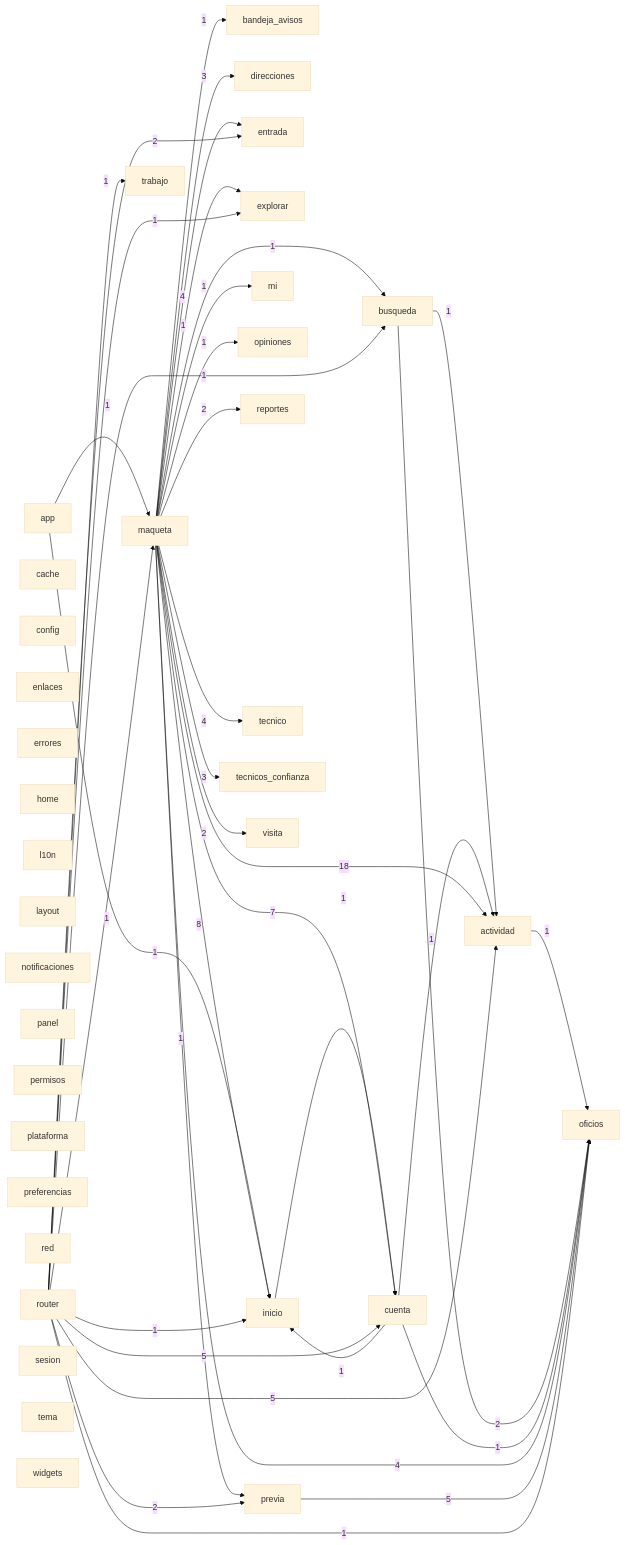
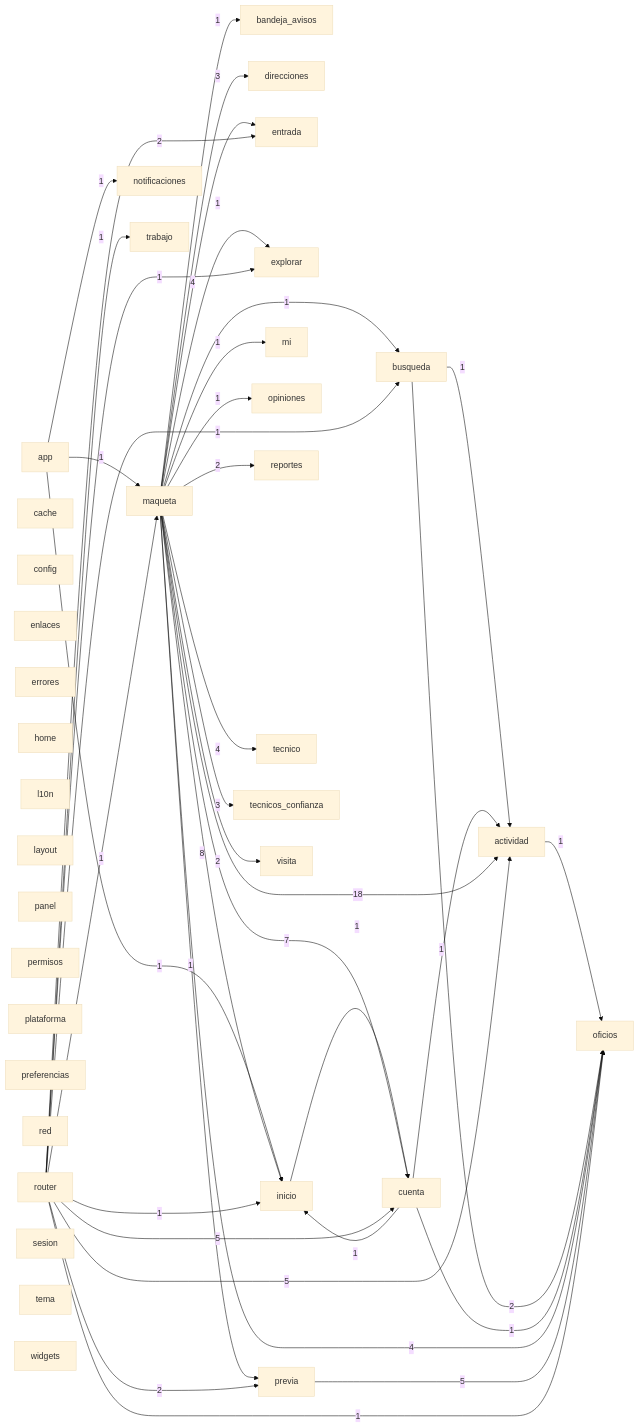
One commit to Tensei-Devs/knock-frontend changed the diagram in docs/architecture/modules.mmd. Above: the diagram before and after it, drawn with Mermaid (base theme). The commit also changed 20 other files, not shown here.

```diff
--- a/docs/architecture/modules.mmd
+++ b/docs/architecture/modules.mmd
@@ -1,73 +1,74 @@
 graph LR
   actividad["actividad"]
   app["app"]
   bandeja_avisos["bandeja_avisos"]
   busqueda["busqueda"]
   cache["cache"]
   config["config"]
   cuenta["cuenta"]
   direcciones["direcciones"]
   enlaces["enlaces"]
   entrada["entrada"]
   errores["errores"]
   explorar["explorar"]
   home["home"]
   inicio["inicio"]
   l10n["l10n"]
   layout["layout"]
   maqueta["maqueta"]
   mi["mi"]
   notificaciones["notificaciones"]
   oficios["oficios"]
   opiniones["opiniones"]
   panel["panel"]
   permisos["permisos"]
   plataforma["plataforma"]
   preferencias["preferencias"]
   previa["previa"]
   red["red"]
   reportes["reportes"]
   router["router"]
   sesion["sesion"]
   tecnico["tecnico"]
   tecnicos_confianza["tecnicos_confianza"]
   tema["tema"]
   trabajo["trabajo"]
   visita["visita"]
   widgets["widgets"]
   actividad -->|1| oficios
   app -->|1| inicio
   app -->|1| maqueta
+  app -->|1| notificaciones
   busqueda -->|1| actividad
   busqueda -->|2| oficios
   cuenta -->|1| actividad
   cuenta -->|1| inicio
   cuenta -->|1| oficios
   inicio -->|1| cuenta
   maqueta -->|18| actividad
   maqueta -->|1| bandeja_avisos
   maqueta -->|1| busqueda
   maqueta -->|7| cuenta
   maqueta -->|3| direcciones
   maqueta -->|4| entrada
   maqueta -->|1| explorar
   maqueta -->|8| inicio
   maqueta -->|1| mi
   maqueta -->|4| oficios
   maqueta -->|1| opiniones
   maqueta -->|1| previa
   maqueta -->|2| reportes
   maqueta -->|4| tecnico
   maqueta -->|3| tecnicos_confianza
   maqueta -->|2| visita
   previa -->|5| oficios
   router -->|5| actividad
   router -->|1| busqueda
   router -->|5| cuenta
   router -->|2| entrada
   router -->|1| explorar
   router -->|1| inicio
   router -->|1| maqueta
   router -->|1| oficios
   router -->|2| previa
   router -->|1| trabajo
```
